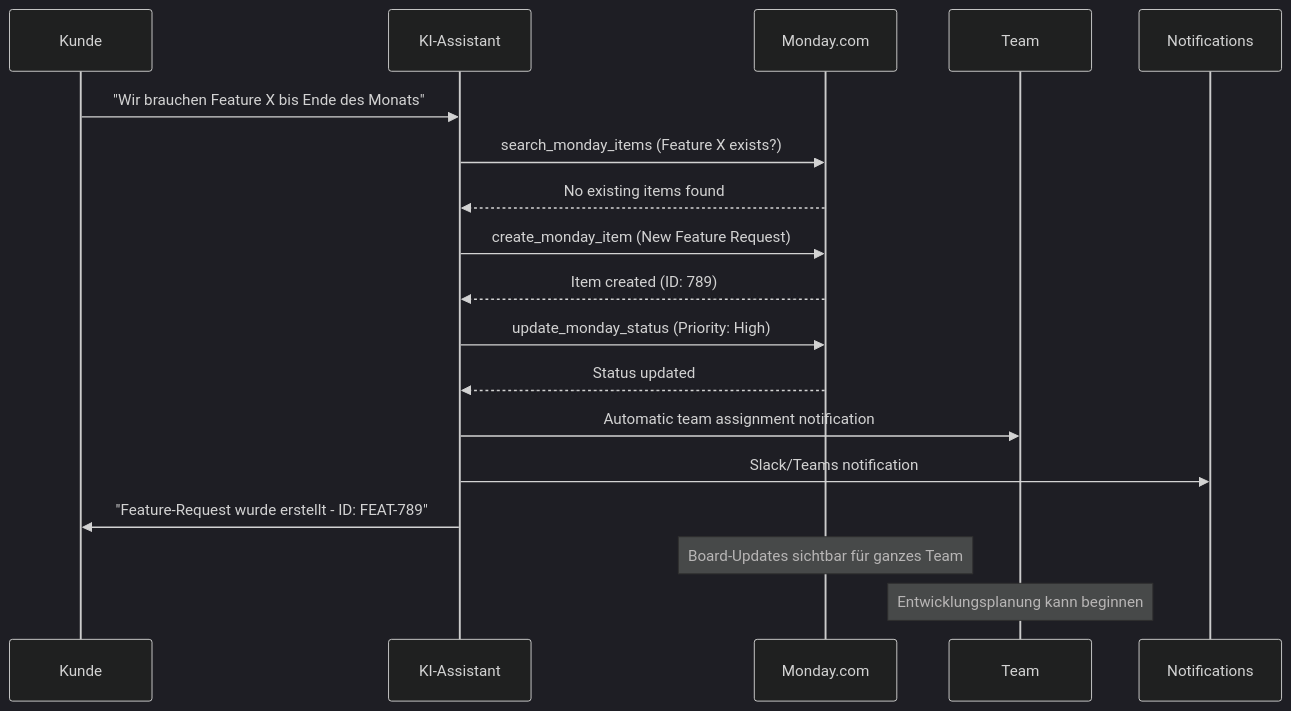
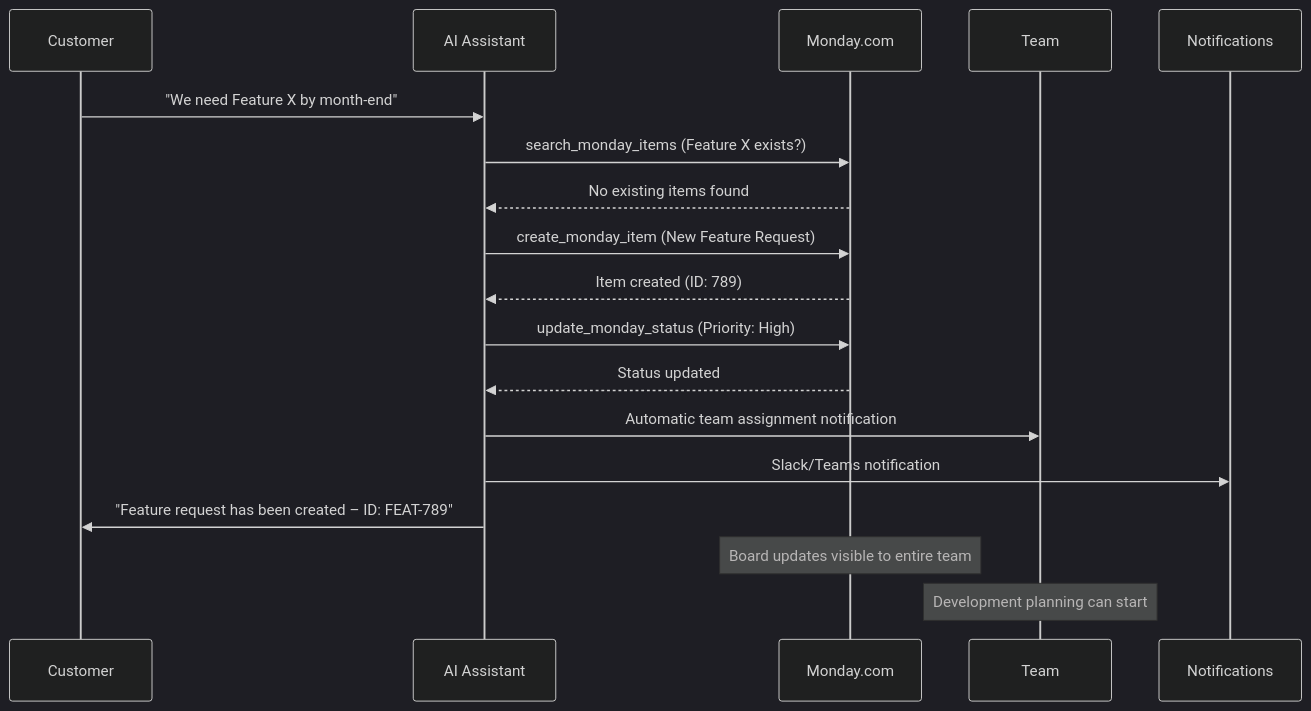
One commit to bekgroup/Famulor-docs-de changed the diagram in en/automation-platform/mid-call-tools/integration-templates/monday-integration.mdx. Above: the diagram before and after it, drawn with Mermaid (dark theme). The commit also changed other lines of this file and 7 other files, not shown here.

````diff
--- a/en/automation-platform/mid-call-tools/integration-templates/monday-integration.mdx
+++ b/en/automation-platform/mid-call-tools/integration-templates/monday-integration.mdx
@@ -413,22 +413,22 @@
 ```mermaid
 sequenceDiagram
-    participant C as Kunde
-    participant AI as KI-Assistant
+    participant C as Customer
+    participant AI as AI Assistant
     participant M as Monday.com
     participant T as Team
     participant N as Notifications
     
-    C->>AI: "Wir brauchen Feature X bis Ende des Monats"
+    C->>AI: "We need Feature X by month-end"
     AI->>M: search_monday_items (Feature X exists?)
     M-->>AI: No existing items found
     AI->>M: create_monday_item (New Feature Request)
     M-->>AI: Item created (ID: 789)
     AI->>M: update_monday_status (Priority: High)
     M-->>AI: Status updated
     AI->>T: Automatic team assignment notification
     AI->>N: Slack/Teams notification
-    AI->>C: "Feature-Request wurde erstellt - ID: FEAT-789"
+    AI->>C: "Feature request has been created – ID: FEAT-789"
     
-    Note over M: Board-Updates sichtbar für ganzes Team
-    Note over T: Entwicklungsplanung kann beginnen
+    Note over M: Board updates visible to entire team
+    Note over T: Development planning can start
 ```
````
